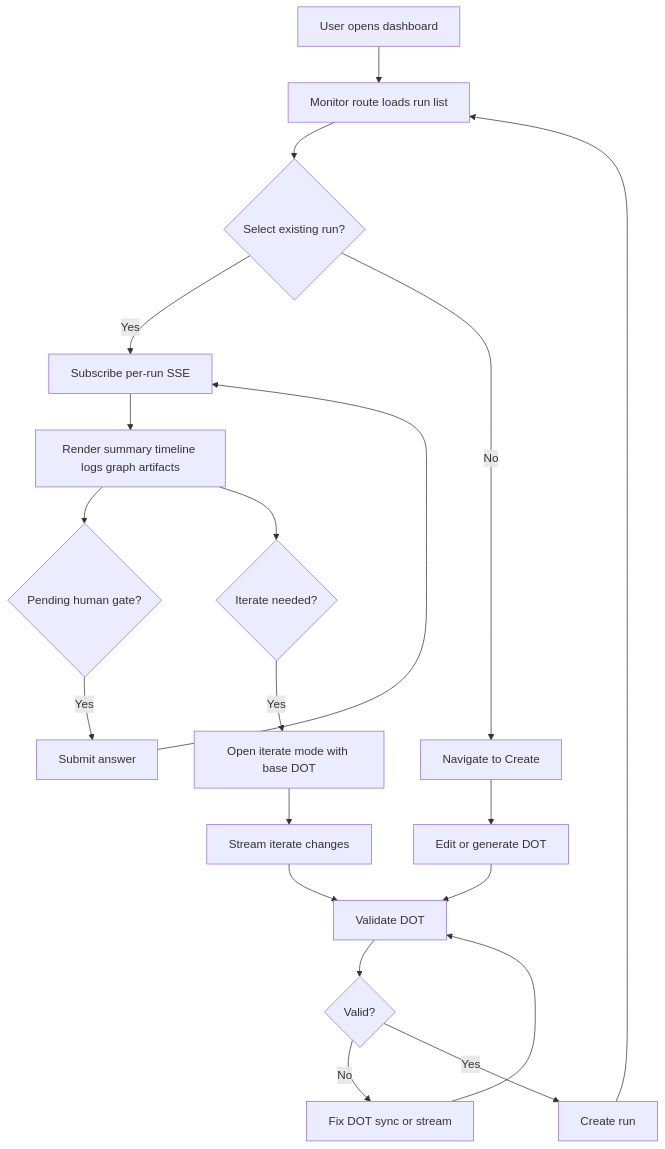
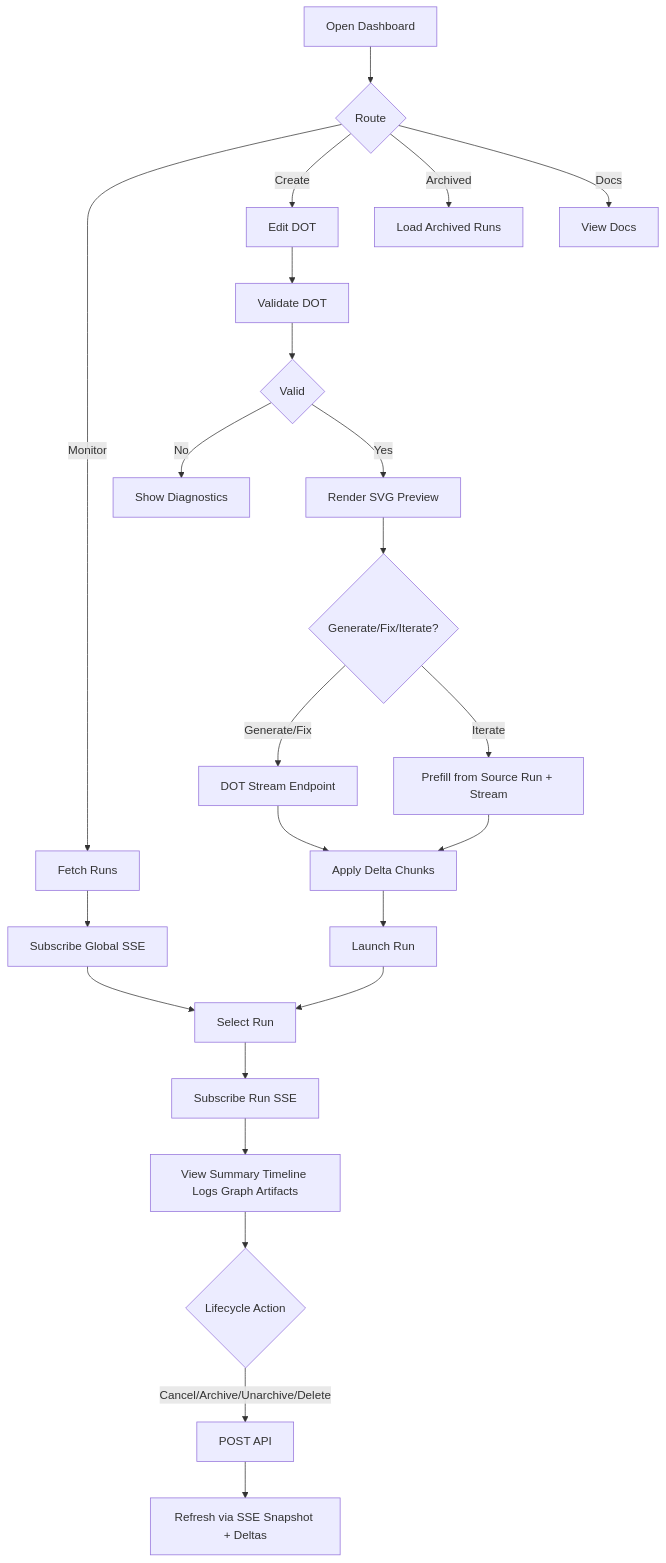
The third of 5 diagrams in docs/sprints/SPRINT-002-attractor-php-web-dashboard.md (jaytaylor/attractor-php), drawn with Mermaid before and after one commit. The commit also changed other lines of this file, not shown here.

````diff
--- a/docs/sprints/SPRINT-002-attractor-php-web-dashboard.md
+++ b/docs/sprints/SPRINT-002-attractor-php-web-dashboard.md
@@ -1884,22 +2876,28 @@
 ```mermaid
 flowchart TD
-    A[User opens dashboard] --> B[Monitor route loads run list]
-    B --> C{Select existing run?}
-    C -->|Yes| D[Subscribe per-run SSE]
-    D --> E[Render summary timeline logs graph artifacts]
-    E --> F{Pending human gate?}
-    F -->|Yes| G[Submit answer]
-    G --> D
-    C -->|No| H[Navigate to Create]
-    H --> I[Edit or generate DOT]
-    I --> J[Validate DOT]
-    J --> K{Valid?}
-    K -->|No| L[Fix DOT sync or stream]
-    L --> J
-    K -->|Yes| M[Create run]
-    M --> B
-    E --> N{Iterate needed?}
-    N -->|Yes| O[Open iterate mode with base DOT]
-    O --> P[Stream iterate changes]
-    P --> J
+    A[Open Dashboard] --> B{Route}
+    B -->|Monitor| C[Fetch Runs]
+    B -->|Create| D[Edit DOT]
+    B -->|Archived| E[Load Archived Runs]
+    B -->|Docs| F[View Docs]
+
+    C --> G[Subscribe Global SSE]
+    G --> H[Select Run]
+    H --> I[Subscribe Run SSE]
+    I --> J[View Summary Timeline Logs Graph Artifacts]
+    J --> K{Lifecycle Action}
+    K -->|Cancel/Archive/Unarchive/Delete| L[POST API]
+    L --> M[Refresh via SSE Snapshot + Deltas]
+
+    D --> N[Validate DOT]
+    N --> O{Valid}
+    O -->|No| P[Show Diagnostics]
+    O -->|Yes| Q[Render SVG Preview]
+    Q --> R{Generate/Fix/Iterate?}
+    R -->|Generate/Fix| S[DOT Stream Endpoint]
+    R -->|Iterate| T[Prefill from Source Run + Stream]
+    S --> U[Apply Delta Chunks]
+    T --> U
+    U --> V[Launch Run]
+    V --> H
 ```
````
